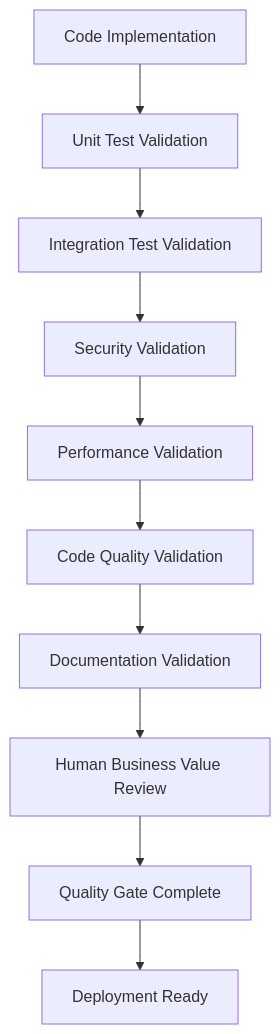
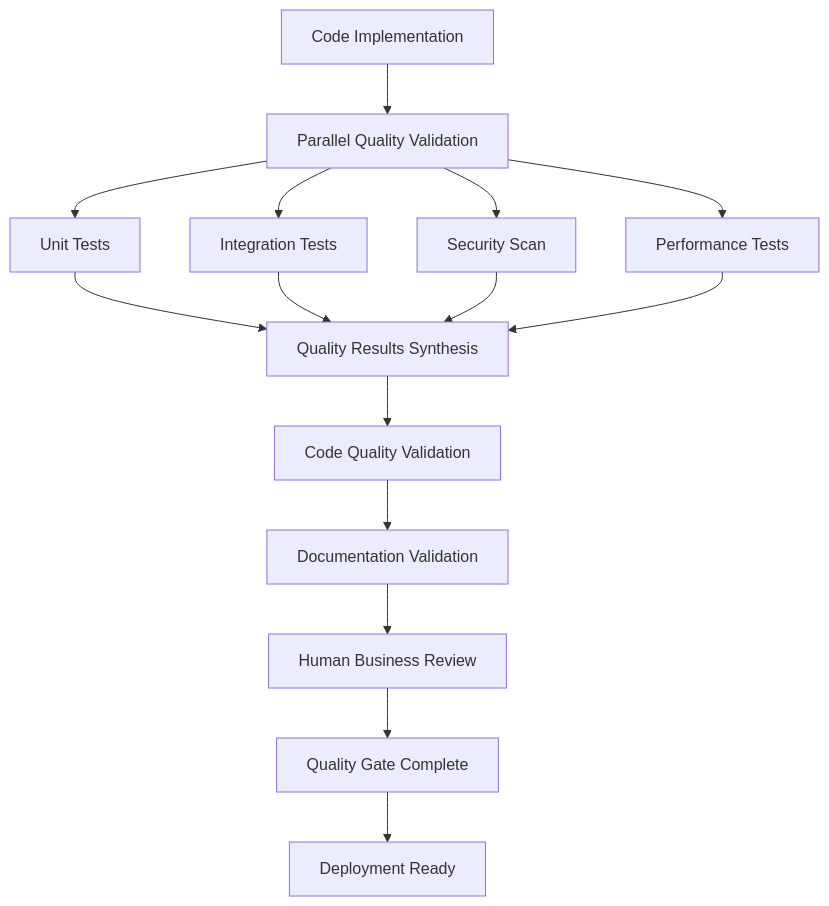
The second of 2 diagrams in methodology/ai-implementation/quality-framework.md (Cyonx818/CE-DPS), drawn with Mermaid before and after one commit. The commit also changed other lines of this file and 8 other files, not shown here.

````diff
--- a/methodology/ai-implementation/quality-framework.md
+++ b/methodology/ai-implementation/quality-framework.md
@@ -255,12 +507,17 @@
 ```mermaid
 graph TD
-    A[Code Implementation] --> B[Unit Test Validation]
-    B --> C[Integration Test Validation]
-    C --> D[Security Validation]
-    D --> E[Performance Validation]
-    E --> F[Code Quality Validation]
-    F --> G[Documentation Validation]
-    G --> H[Human Business Value Review]
-    H --> I[Quality Gate Complete]
-    I --> J[Deployment Ready]
+    A[Code Implementation] --> B[Parallel Quality Validation]
+    B --> B1[Unit Tests]
+    B --> B2[Integration Tests]
+    B --> B3[Security Scan]
+    B --> B4[Performance Tests]
+    B1 --> C[Quality Results Synthesis]
+    B2 --> C
+    B3 --> C
+    B4 --> C
+    C --> D[Code Quality Validation]
+    D --> E[Documentation Validation]
+    E --> F[Human Business Review]
+    F --> G[Quality Gate Complete]
+    G --> H[Deployment Ready]
 ```
````
